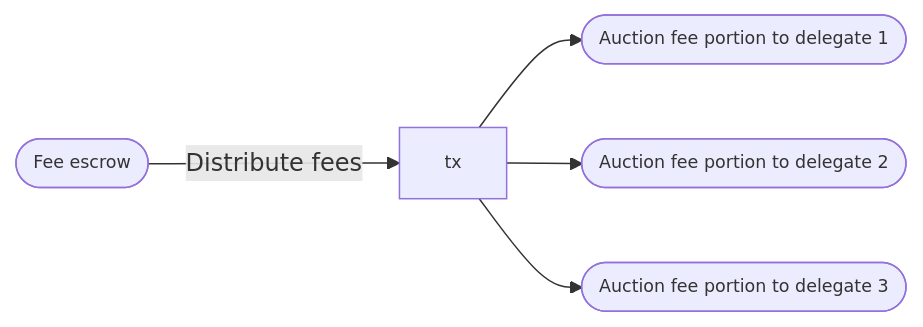
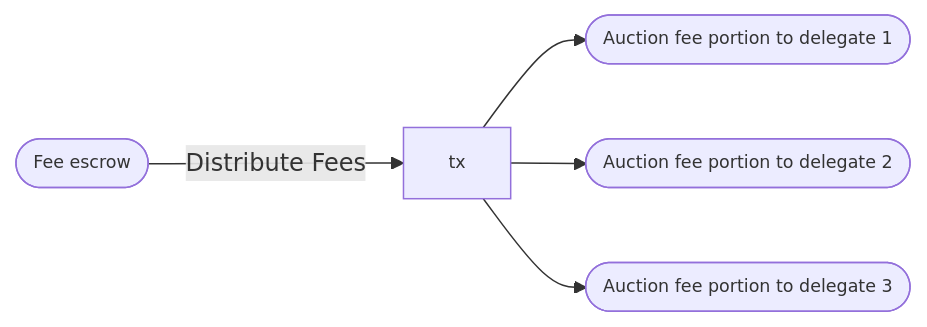
Diagram 20 of 23 in docs/on_chain_spec.md (mlabs-haskell/hydra-auction), drawn with Mermaid before and after one commit. The commit also changed other lines of this file, not shown here.

````diff
--- a/docs/on_chain_spec.md
+++ b/docs/on_chain_spec.md
@@ -645,10 +1063,10 @@
 ```mermaid
 flowchart LR
-  input1([Fee escrow]) -- Distribute fees --> tx
+  input1([Fee escrow]) -- Distribute Fees --> tx
   tx --> output1([Auction fee portion to delegate 1])
   tx --> output2([Auction fee portion to delegate 2])
   tx --> output3([Auction fee portion to delegate 3])
 
   classDef default font-size:90%, overflow:visible;
   classDef reference stroke-dasharray: 5 5;
 ```
````
